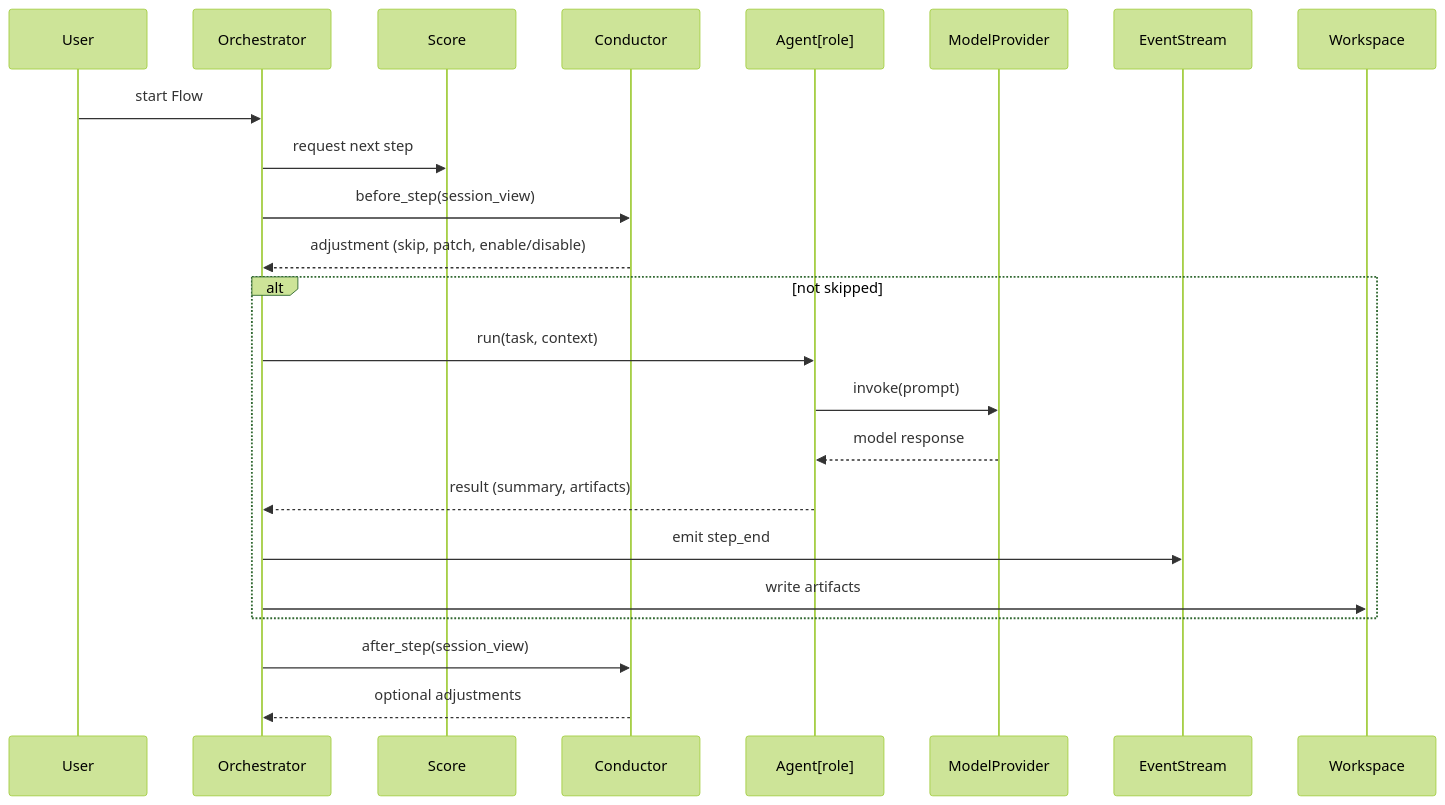
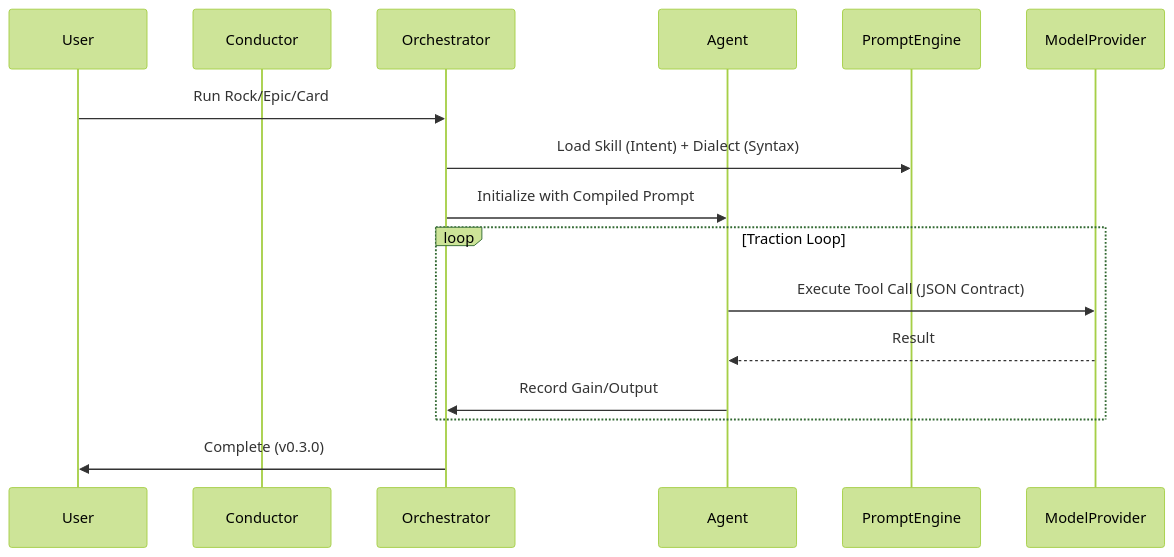
The diagram in docs/ARCHITECTURE.md (McElyea/Orket), drawn with Mermaid (forest theme) before and after one commit. The commit also changed other lines of this file and 16 other files, not shown here.

First line of the commit message:
feat: Orket EOS v0.3.0 - iDesign & Prompt Engine Update

````diff
--- a/docs/ARCHITECTURE.md
+++ b/docs/ARCHITECTURE.md
@@ -54,26 +52,19 @@
 ```mermaid
 sequenceDiagram
     participant User
+    participant Conductor
     participant Orchestrator
-    participant Score
-    participant Conductor
-    participant Agent as Agent[role]
+    participant Agent
+    participant PromptEngine
     participant ModelProvider
-    participant EventStream
-    participant Workspace
 
-    User->>Orchestrator: start Flow
-    Orchestrator->>Score: request next step
-    Orchestrator->>Conductor: before_step(session_view)
-    Conductor-->>Orchestrator: adjustment (skip, patch, enable/disable)
-    alt not skipped
-        Orchestrator->>Agent: run(task, context)
-        Agent->>ModelProvider: invoke(prompt)
-        ModelProvider-->>Agent: model response
-        Agent-->>Orchestrator: result (summary, artifacts)
-        Orchestrator->>EventStream: emit step_end
-        Orchestrator->>Workspace: write artifacts
+    User->>Orchestrator: Run Rock/Epic/Card
+    Orchestrator->>PromptEngine: Load Skill (Intent) + Dialect (Syntax)
+    Orchestrator->>Agent: Initialize with Compiled Prompt
+    loop Traction Loop
+        Agent->>ModelProvider: Execute Tool Call (JSON Contract)
+        ModelProvider-->>Agent: Result
+        Agent->>Orchestrator: Record Gain/Output
     end
-    Orchestrator->>Conductor: after_step(session_view)
-    Conductor-->>Orchestrator: optional adjustments
+    Orchestrator->>User: Complete (v0.3.0)
 ```
````
